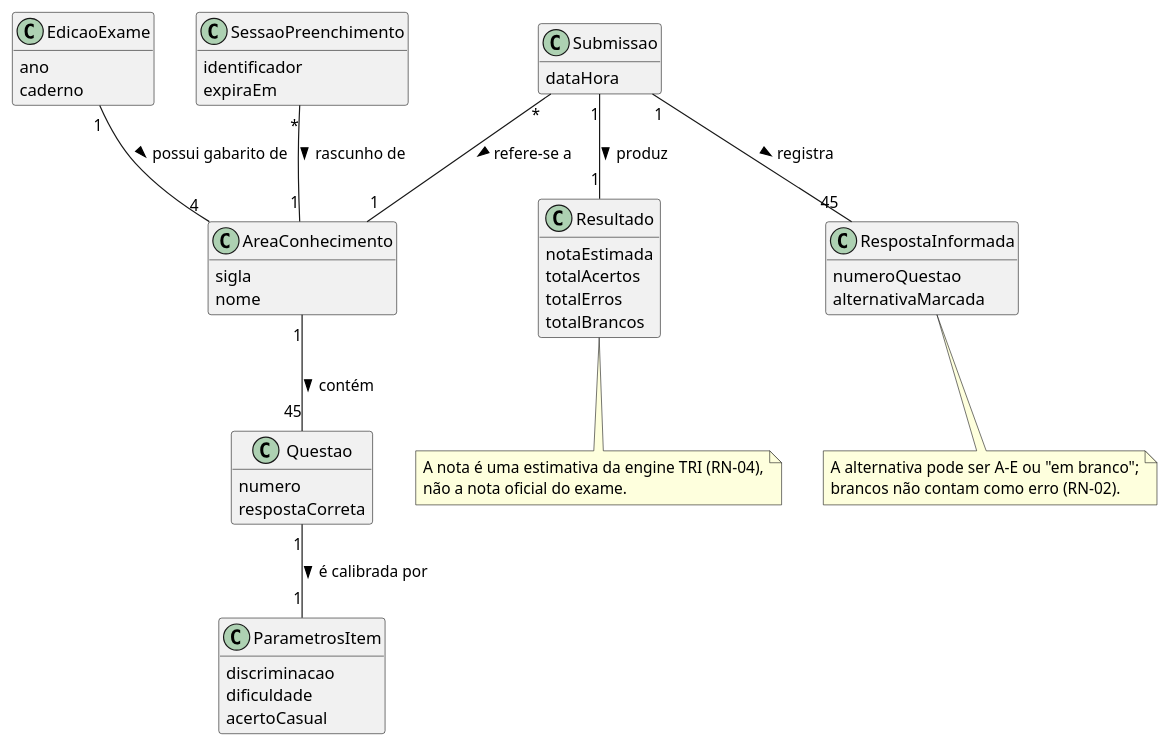
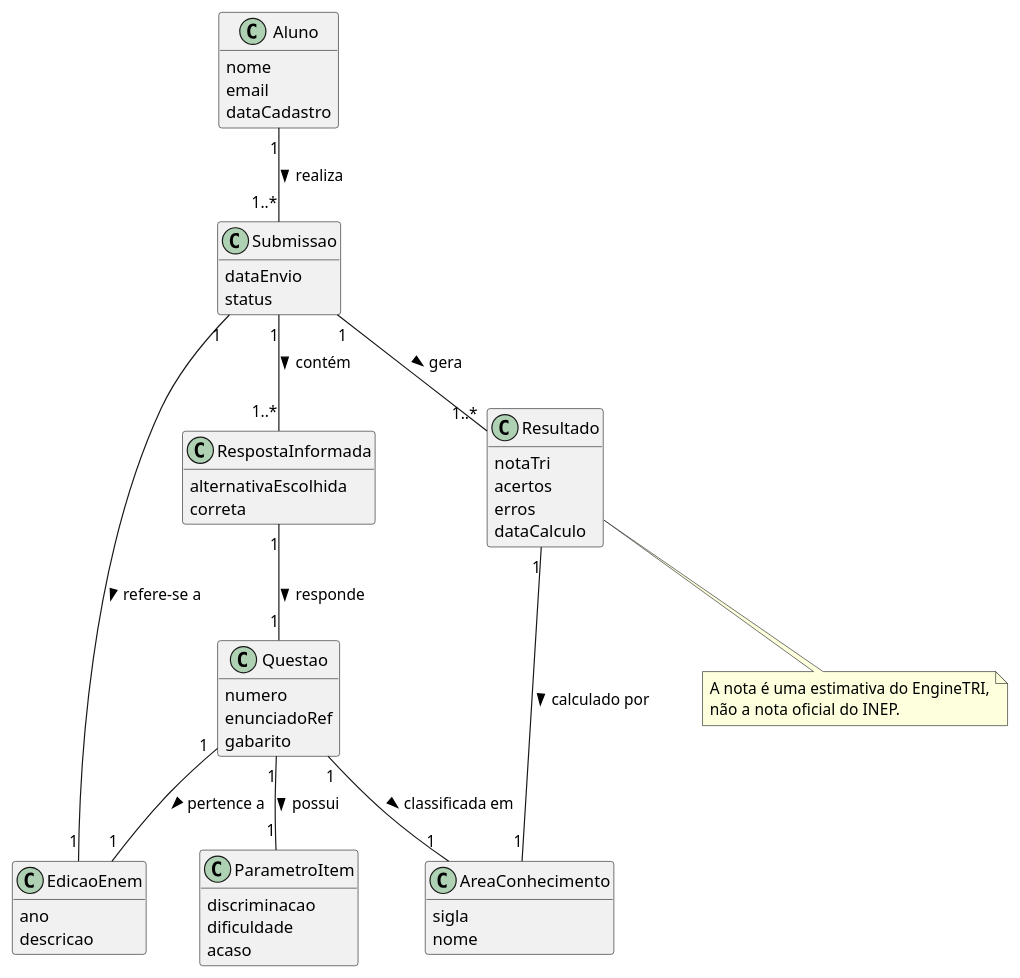
Before and after one commit to Projetos-de-Extensao/PC_ADS_26.2_8001_III: the first of 2 diagrams in docs/Elaboracao/diagrama_de_classes.md, drawn with PlantUML. The commit also changed other lines of this file, not shown here.

Commit message:
finalizando diagrama de classes

````diff
--- a/docs/Elaboracao/diagrama_de_classes.md
+++ b/docs/Elaboracao/diagrama_de_classes.md
@@ -50,67 +49,67 @@
 ```plantuml
 @startuml Apollo_ClassesConceitual
 
 hide methods
 
-class EdicaoExame {
+class Aluno {
+  nome
+  email
+  dataCadastro
+}
+
+class EdicaoEnem {
   ano
-  caderno
+  descricao
 }
 
 class AreaConhecimento {
   sigla
   nome
 }
 
 class Questao {
   numero
-  respostaCorreta
+  enunciadoRef
+  gabarito
 }
 
-class ParametrosItem {
+class ParametroItem {
   discriminacao
   dificuldade
-  acertoCasual
+  acaso
 }
 
 class Submissao {
-  dataHora
+  dataEnvio
+  status
 }
 
 class RespostaInformada {
-  numeroQuestao
-  alternativaMarcada
+  alternativaEscolhida
+  correta
 }
 
 class Resultado {
-  notaEstimada
-  totalAcertos
-  totalErros
-  totalBrancos
+  notaTri
+  acertos
+  erros
+  dataCalculo
 }
 
-class SessaoPreenchimento {
-  identificador
-  expiraEm
-}
-
-EdicaoExame "1" -- "4" AreaConhecimento : possui gabarito de >
-AreaConhecimento "1" -- "45" Questao : contém >
-Questao "1" -- "1" ParametrosItem : é calibrada por >
-Submissao "1" -- "45" RespostaInformada : registra >
-Submissao "1" -- "1" Resultado : produz >
-Submissao "*" -- "1" AreaConhecimento : refere-se a >
-SessaoPreenchimento "*" -- "1" AreaConhecimento : rascunho de >
+Aluno "1" -- "1..*" Submissao : realiza >
+Submissao "1" -- "1" EdicaoEnem : refere-se a >
+Submissao "1" -- "1..*" RespostaInformada : contém >
+RespostaInformada "1" -- "1" Questao : responde >
+Questao "1" -- "1" EdicaoEnem : pertence a >
+Questao "1" -- "1" AreaConhecimento : classificada em >
+Questao "1" -- "1" ParametroItem : possui >
+Submissao "1" -- "1..*" Resultado : gera >
+Resultado "1" -- "1" AreaConhecimento : calculado por >
 
 note bottom of Resultado
-  A nota é uma estimativa da engine TRI (RN-04),
-  não a nota oficial do exame.
-end note
-
-note bottom of RespostaInformada
-  A alternativa pode ser A–E ou "em branco";
-  brancos não contam como erro (RN-02).
+  A nota é uma estimativa do EngineTRI,
+  não a nota oficial do INEP.
 end note
 
 @enduml
 ```
````
